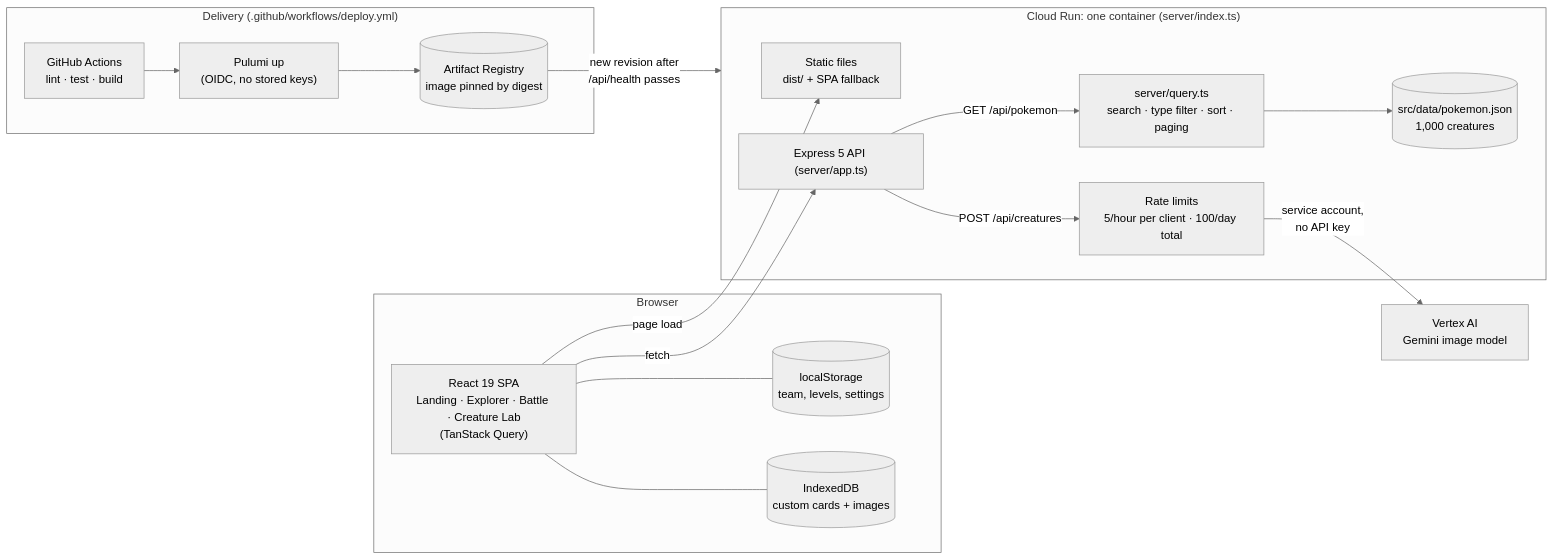
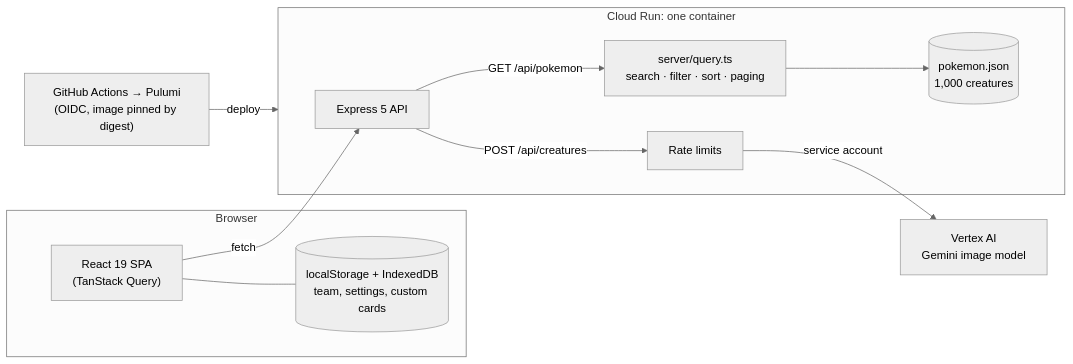
The diagram in README.md (drewAnderson-val/pokemon-explorer), drawn with Mermaid (neutral theme) before and after one commit. The commit also changed other lines of this file and 14 other files, not shown here.

First line of the commit message:
Condense the README to the gameplay GIFs and architecture

````diff
--- a/README.md
+++ b/README.md
@@ -60,32 +36,24 @@
 ```mermaid
 flowchart LR
   subgraph Browser
-    SPA["React 19 SPA<br/>Landing · Explorer · Battle · Creature Lab<br/>(TanStack Query)"]
-    LS[("localStorage<br/>team, levels, settings")]
-    IDB[("IndexedDB<br/>custom cards + images")]
-    SPA --- LS
-    SPA --- IDB
+    SPA["React 19 SPA<br/>(TanStack Query)"]
+    Store[("localStorage + IndexedDB<br/>team, settings, custom cards")]
+    SPA --- Store
   end
 
-  subgraph Run["Cloud Run: one container (server/index.ts)"]
-    Static["Static files<br/>dist/ + SPA fallback"]
-    API["Express 5 API (server/app.ts)"]
-    Query["server/query.ts<br/>search · type filter · sort · paging"]
-    Data[("src/data/pokemon.json<br/>1,000 creatures")]
-    Limit["Rate limits<br/>5/hour per client · 100/day total"]
+  subgraph Run["Cloud Run: one container"]
+    API["Express 5 API"]
+    Query["server/query.ts<br/>search · filter · sort · paging"]
+    Data[("pokemon.json<br/>1,000 creatures")]
+    Limit["Rate limits"]
     API -->|"GET /api/pokemon"| Query --> Data
     API -->|"POST /api/creatures"| Limit
   end
 
   Vertex["Vertex AI<br/>Gemini image model"]
 
-  SPA -->|"page load"| Static
   SPA -->|"fetch"| API
-  Limit -->|"service account,<br/>no API key"| Vertex
+  Limit -->|"service account"| Vertex
 
-  subgraph Deploy["Delivery (.github/workflows/deploy.yml)"]
-    GH["GitHub Actions<br/>lint · test · build"] --> Pulumi["Pulumi up<br/>(OIDC, no stored keys)"]
-    Pulumi --> AR[("Artifact Registry<br/>image pinned by digest")]
-  end
-  AR -->|"new revision after<br/>/api/health passes"| Run
+  GH["GitHub Actions → Pulumi<br/>(OIDC, image pinned by digest)"] -->|"deploy"| Run
 ```
````
